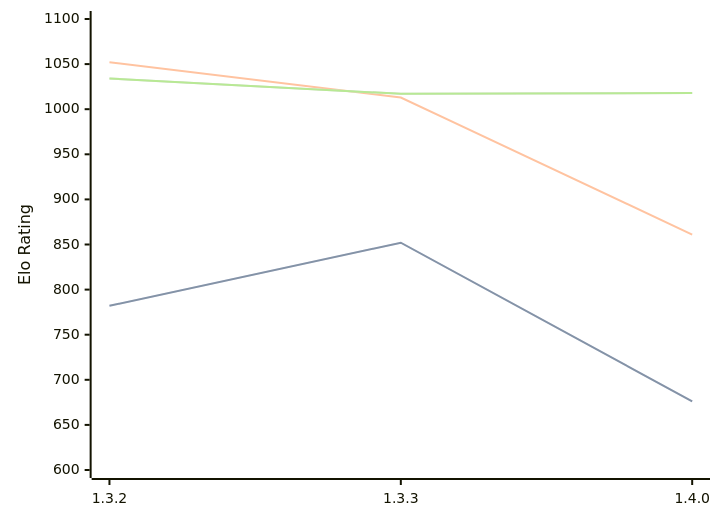
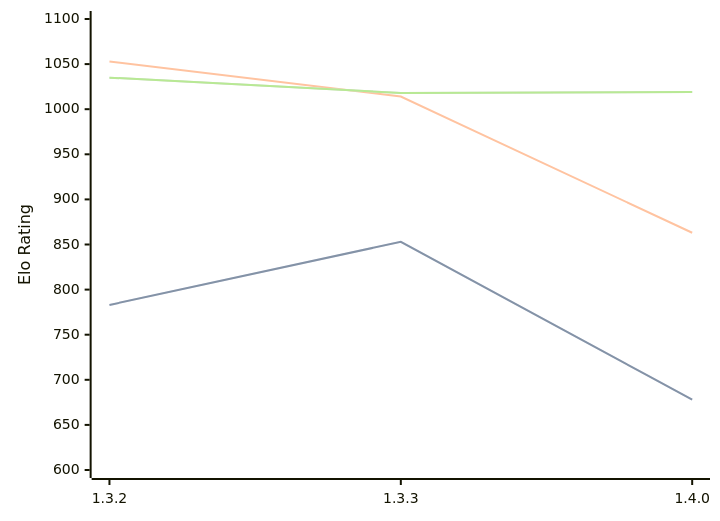
One commit to computer-chess-index/cci changed the diagram in engines/Whitespine.md. Above: the diagram before and after it, drawn with Mermaid. The commit also changed other lines of this file, not shown here.

Commit message:
Update CCI Ratings (ELO VLTC) - 2026-07-25

````diff
--- a/engines/Whitespine.md
+++ b/engines/Whitespine.md
@@ -36,11 +36,11 @@
 ```mermaid
 %%{init: {"theme":"base","themeVariables":{"seriesColors:['#a3a3a3','#222221','#faa371']}}}%%
 xychart-beta
   x-axis ["1.3.2", "1.3.3", "1.4.0"]
   y-axis "Elo Rating" 600 --> 1100
-  line "STC (8.0+0.08s)" [782, 852, 676]
-  line "STC (8.0+0.08s)" [782, 852, 676]
-  line "LTC (60.0+0.60s)" [1052, 1013, 861]
-  line "VLTC (2m24s+1.12s)" [1034, 1017, 1018]
-  line "VLTC (2m24s+1.12s)" [1034, 1017, 1018]
+  line "STC (8.0+0.08s)" [783, 853, 678]
+  line "STC (8.0+0.08s)" [783, 853, 678]
+  line "LTC (60.0+0.60s)" [1053, 1014, 863]
+  line "VLTC (2m24s+1.12s)" [1035, 1018, 1019]
+  line "VLTC (2m24s+1.12s)" [1035, 1018, 1019]
 ```
````
